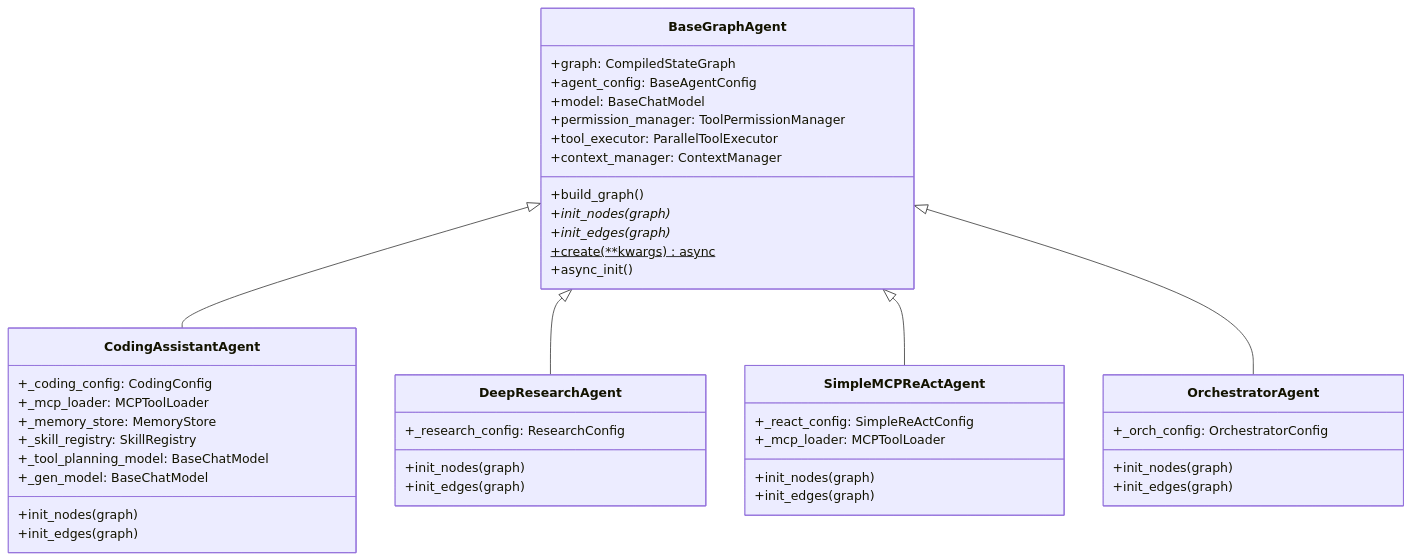
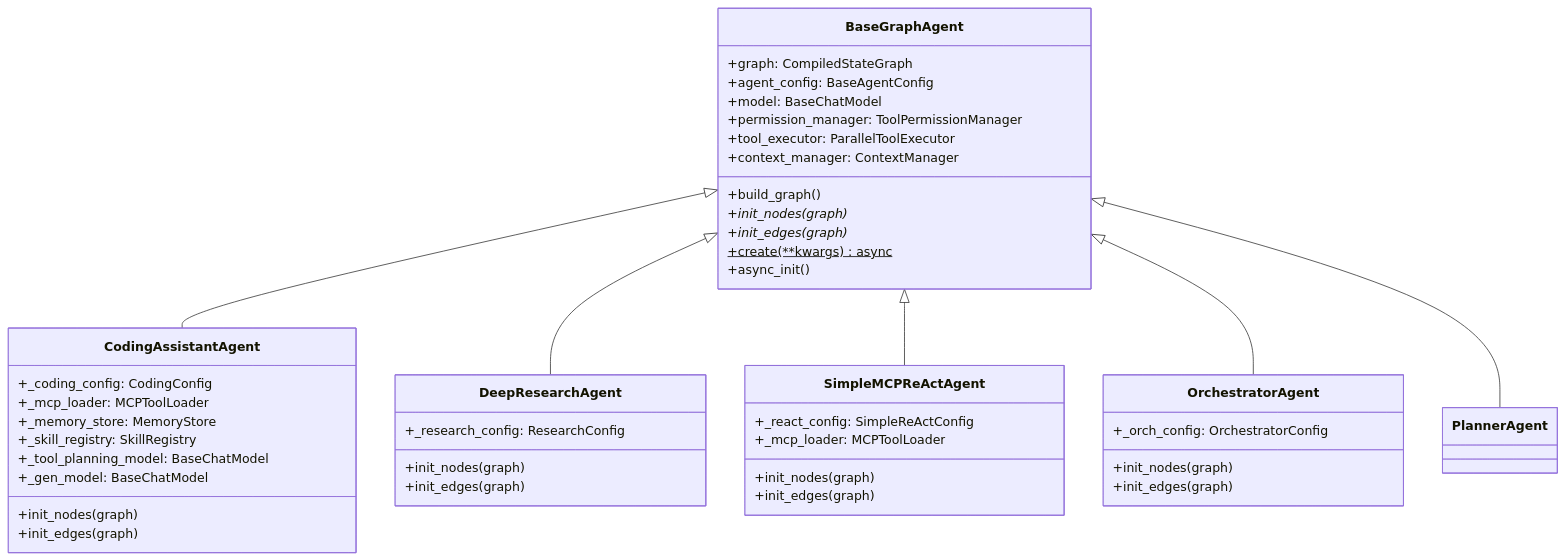
One commit to youngs75/youngs75_coding_ai_agent changed the eighth of 16 diagrams in docs/ARCHITECTURE.md. Above: the diagram before and after it, drawn with Mermaid. The commit also changed other lines of this file, not shown here.

First line of the commit message:
docs: 구성도 최신화 — Planner Agent + HITL 흐름 + 4-Tier 모델 반영

````diff
--- a/docs/ARCHITECTURE.md
+++ b/docs/ARCHITECTURE.md
@@ -289,51 +298,52 @@
 ```mermaid
 classDiagram
     class BaseGraphAgent {
         +graph: CompiledStateGraph
         +agent_config: BaseAgentConfig
         +model: BaseChatModel
         +permission_manager: ToolPermissionManager
         +tool_executor: ParallelToolExecutor
         +context_manager: ContextManager
         +build_graph()
         +init_nodes(graph)*
         +init_edges(graph)*
         +create(**kwargs)$ async
         +async_init()
     }
 
     class CodingAssistantAgent {
         +_coding_config: CodingConfig
         +_mcp_loader: MCPToolLoader
         +_memory_store: MemoryStore
         +_skill_registry: SkillRegistry
         +_tool_planning_model: BaseChatModel
         +_gen_model: BaseChatModel
         +init_nodes(graph)
         +init_edges(graph)
     }
 
     class DeepResearchAgent {
         +_research_config: ResearchConfig
         +init_nodes(graph)
         +init_edges(graph)
     }
 
     class SimpleMCPReActAgent {
         +_react_config: SimpleReActConfig
         +_mcp_loader: MCPToolLoader
         +init_nodes(graph)
         +init_edges(graph)
     }
 
     class OrchestratorAgent {
         +_orch_config: OrchestratorConfig
         +init_nodes(graph)
         +init_edges(graph)
     }
 
     BaseGraphAgent <|-- CodingAssistantAgent
     BaseGraphAgent <|-- DeepResearchAgent
     BaseGraphAgent <|-- SimpleMCPReActAgent
     BaseGraphAgent <|-- OrchestratorAgent
+    BaseGraphAgent <|-- PlannerAgent
 ```
````
